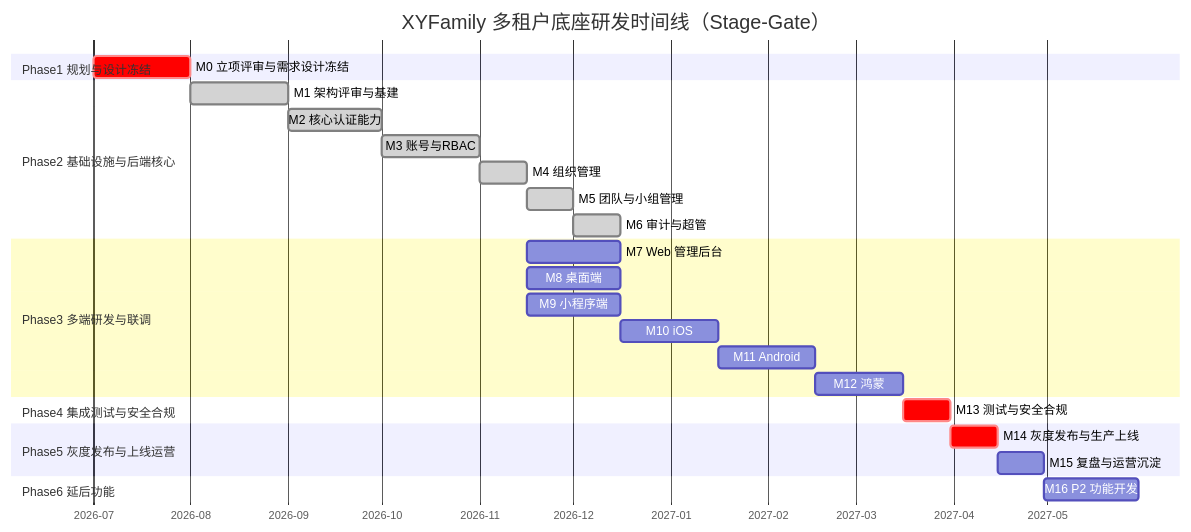
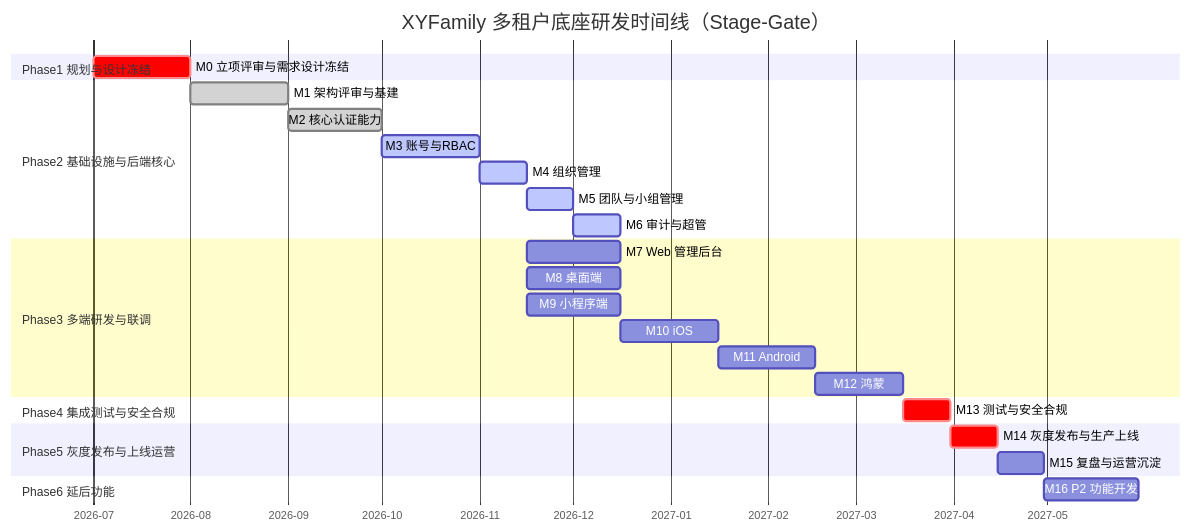
The second of 2 diagrams in wiki/01-项目总览/03-里程碑/里程碑.md (huangsf89757/XYFamily), drawn with Mermaid before and after one commit. The commit also changed other lines of this file and 17 other files, not shown here.

````diff
--- a/wiki/01-项目总览/03-里程碑/里程碑.md
+++ b/wiki/01-项目总览/03-里程碑/里程碑.md
@@ -136,29 +136,29 @@
 ```mermaid
 gantt
     title XYFamily 多租户底座研发时间线（Stage-Gate）
     dateFormat  YYYY-MM
     axisFormat  %Y-%m
     section Phase1 规划与设计冻结
     M0 立项评审与需求设计冻结        :crit, m0, 2026-07, 1M
     section Phase2 基础设施与后端核心
     M1 架构评审与基建              :done, m1, after m0, 1M
     M2 核心认证能力               :done, m2, after m1, 1M
-    M3 账号与RBAC                :done, m3, after m2, 1M
-    M4 组织管理                  :done, m4, after m3, 15d
-    M5 团队与小组管理             :done, m5, after m4, 15d
-    M6 审计与超管                :done, m6, after m5, 15d
+    M3 账号与RBAC                :active, m3, after m2, 1M
+    M4 组织管理                  :active, m4, after m3, 15d
+    M5 团队与小组管理             :active, m5, after m4, 15d
+    M6 审计与超管                :active, m6, after m5, 15d
     section Phase3 多端研发与联调
     M7 Web 管理后台              :m7, after m4, 1M
     M8 桌面端                   :m8, after m4, 1M
     M9 小程序端                 :m9, after m4, 1M
     M10 iOS                    :m10, after m9, 1M
     M11 Android                :m11, after m10, 1M
     M12 鸿蒙                   :m12, after m11, 1M
     section Phase4 集成测试与安全合规
     M13 测试与安全合规            :crit, m13, after m12, 15d
     section Phase5 灰度发布与上线运营
     M14 灰度发布与生产上线         :crit, m14, after m13, 15d
     M15 复盘与运营沉淀            :m15, after m14, 15d
     section Phase6 延后功能
     M16 P2 功能开发             :m16, after m15, 1M
 ```
````
